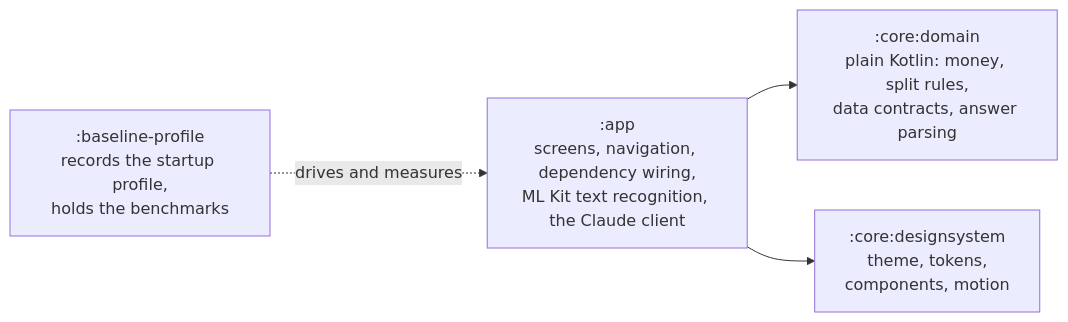
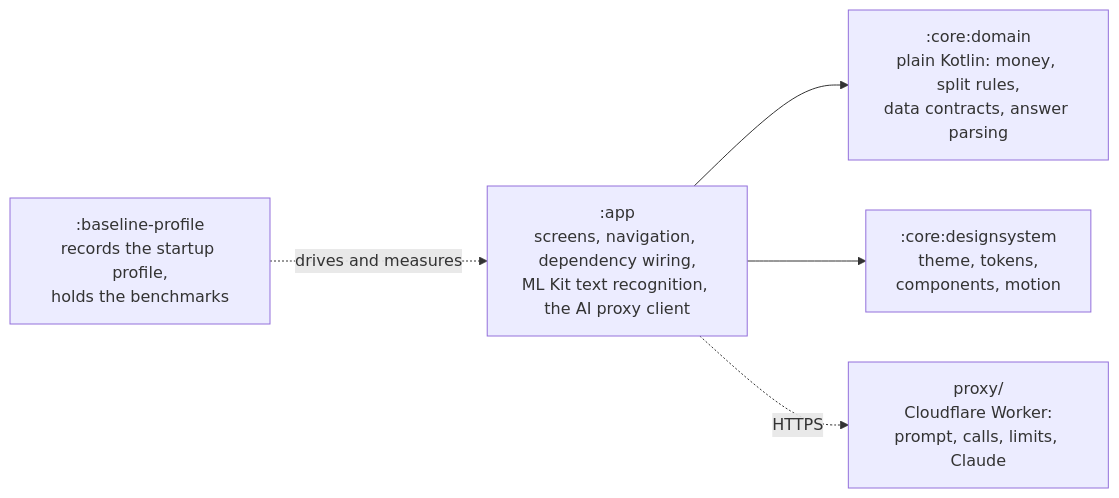
Before and after one commit to dantech0xff/split-bill-poc: the first of 2 diagrams in docs/architecture.md, drawn with Mermaid. The commit also changed other lines of this file and 5 other files, not shown here.

First line of the commit message:
ci: test the AI proxy and keep Anthropic code out of the app packages

````diff
--- a/docs/architecture.md
+++ b/docs/architecture.md
@@ -9,10 +9,12 @@
 ```mermaid
 flowchart LR
-    app[":app<br/>screens, navigation, dependency wiring,<br/>ML Kit text recognition, the Claude client"]
+    app[":app<br/>screens, navigation, dependency wiring,<br/>ML Kit text recognition, the AI proxy client"]
     domain[":core:domain<br/>plain Kotlin: money, split rules,<br/>data contracts, answer parsing"]
     design[":core:designsystem<br/>theme, tokens,<br/>components, motion"]
     profile[":baseline-profile<br/>records the startup profile,<br/>holds the benchmarks"]
     app --> domain
     app --> design
     profile -. drives and measures .-> app
+    proxy["proxy/<br/>Cloudflare Worker:<br/>prompt, calls, limits, Claude"]
+    app -. HTTPS .-> proxy
 ```
````
